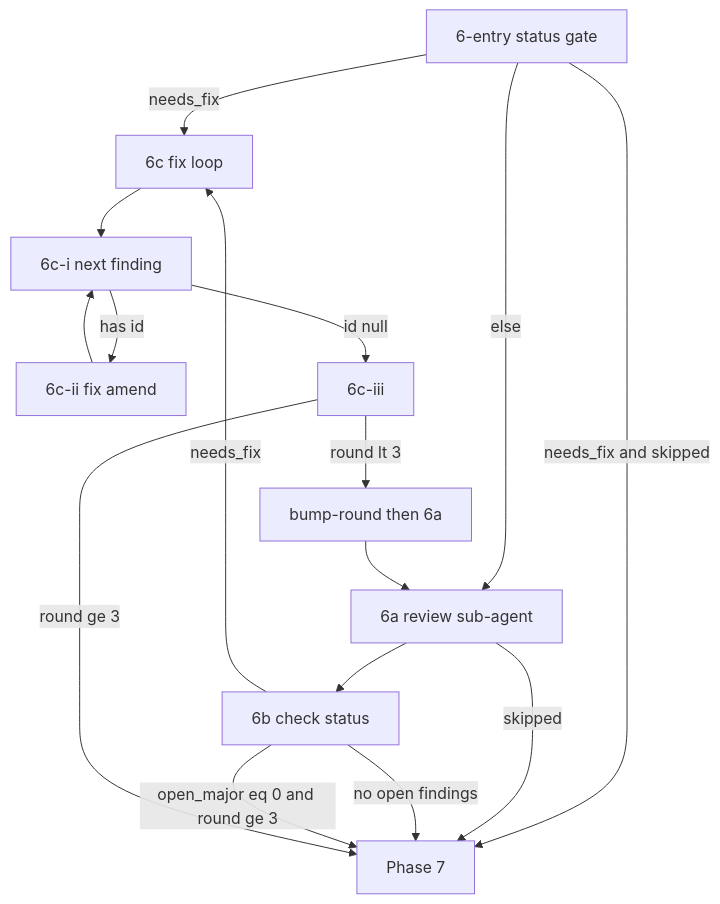
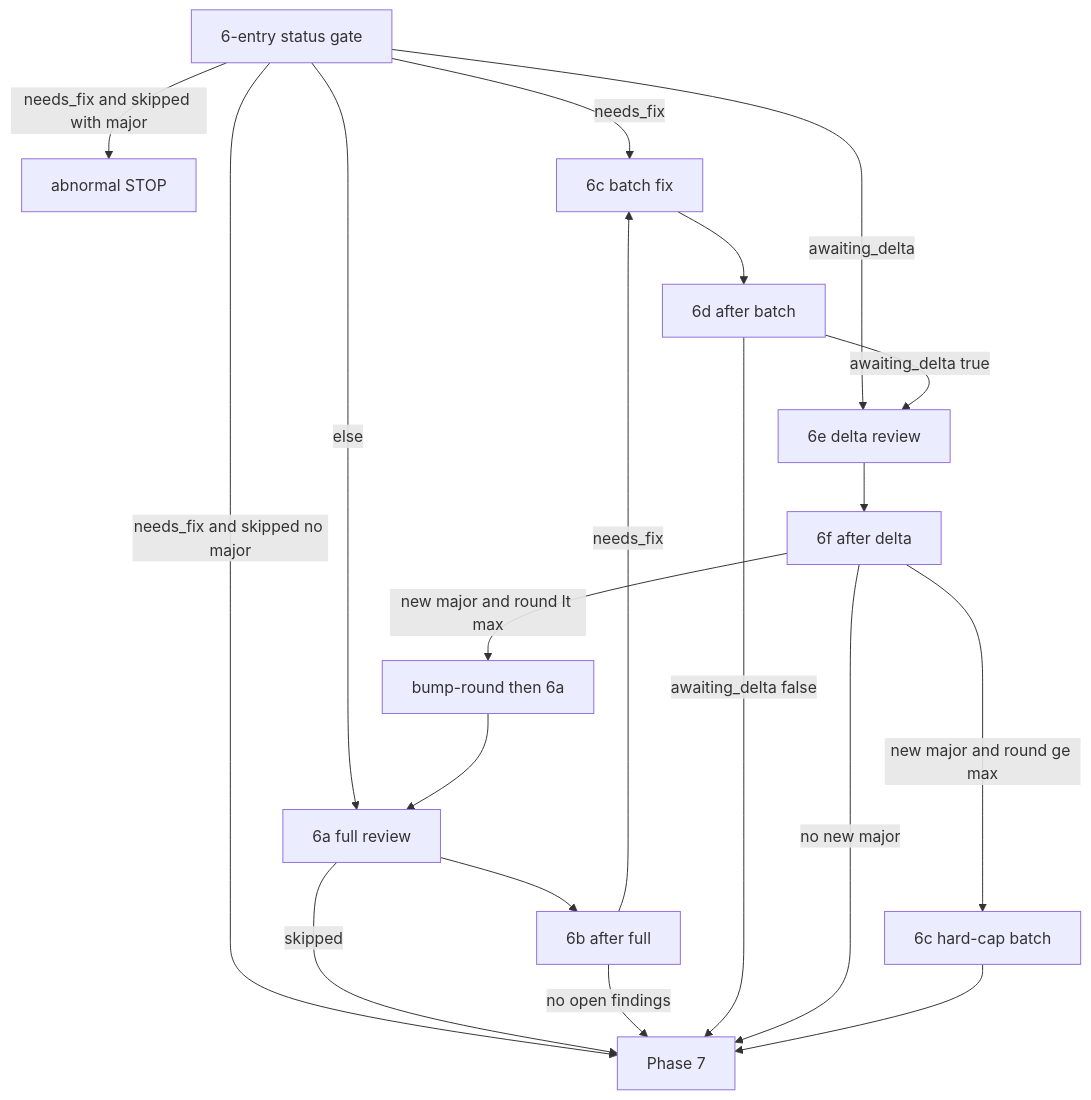
One commit to jiangxin/spex changed the diagram in skills/spex/references/apply-review-loop.md. Above: the diagram before and after it, drawn with Mermaid. The commit also changed other lines of this file and 6 other files, not shown here.

First line of the commit message:
feat(apply): rewrite Phase 6 review state machine

````diff
--- a/skills/spex/references/apply-review-loop.md
+++ b/skills/spex/references/apply-review-loop.md
@@ -35,18 +29,21 @@
 ```mermaid
 flowchart TD
-    entry[6-entry status gate] -->|needs_fix and skipped| phase7[Phase 7]
-    entry -->|needs_fix| fix[6c fix loop]
-    entry -->|else| review[6a review sub-agent]
-    review -->|skipped| phase7
-    review --> check[6b check status]
-    check -->|no open findings| phase7
-    check -->|open_major eq 0 and round ge 3| phase7
-    check -->|needs_fix| fix
-    fix --> pick[6c-i next finding]
-    pick -->|has id| oneFix[6c-ii fix amend]
-    oneFix --> pick
-    pick -->|id null| bumpOrDone[6c-iii]
-    bumpOrDone -->|round lt 3| bump[bump-round then 6a]
-    bump --> review
-    bumpOrDone -->|round ge 3| phase7
+    entry[6-entry status gate] -->|needs_fix and skipped no major| phase7[Phase 7]
+    entry -->|needs_fix and skipped with major| stop[abnormal STOP]
+    entry -->|needs_fix| fix[6c batch fix]
+    entry -->|awaiting_delta| delta[6e delta review]
+    entry -->|else| full[6a full review]
+    full -->|skipped| phase7
+    full --> routeB[6b after full]
+    routeB -->|no open findings| phase7
+    routeB -->|needs_fix| fix
+    fix --> routeD[6d after batch]
+    routeD -->|awaiting_delta false| phase7
+    routeD -->|awaiting_delta true| delta
+    delta --> routeF[6f after delta]
+    routeF -->|no new major| phase7
+    routeF -->|new major and round lt max| bump[bump-round then 6a]
+    bump --> full
+    routeF -->|new major and round ge max| fixCap[6c hard-cap batch]
+    fixCap --> phase7
 ```
````
